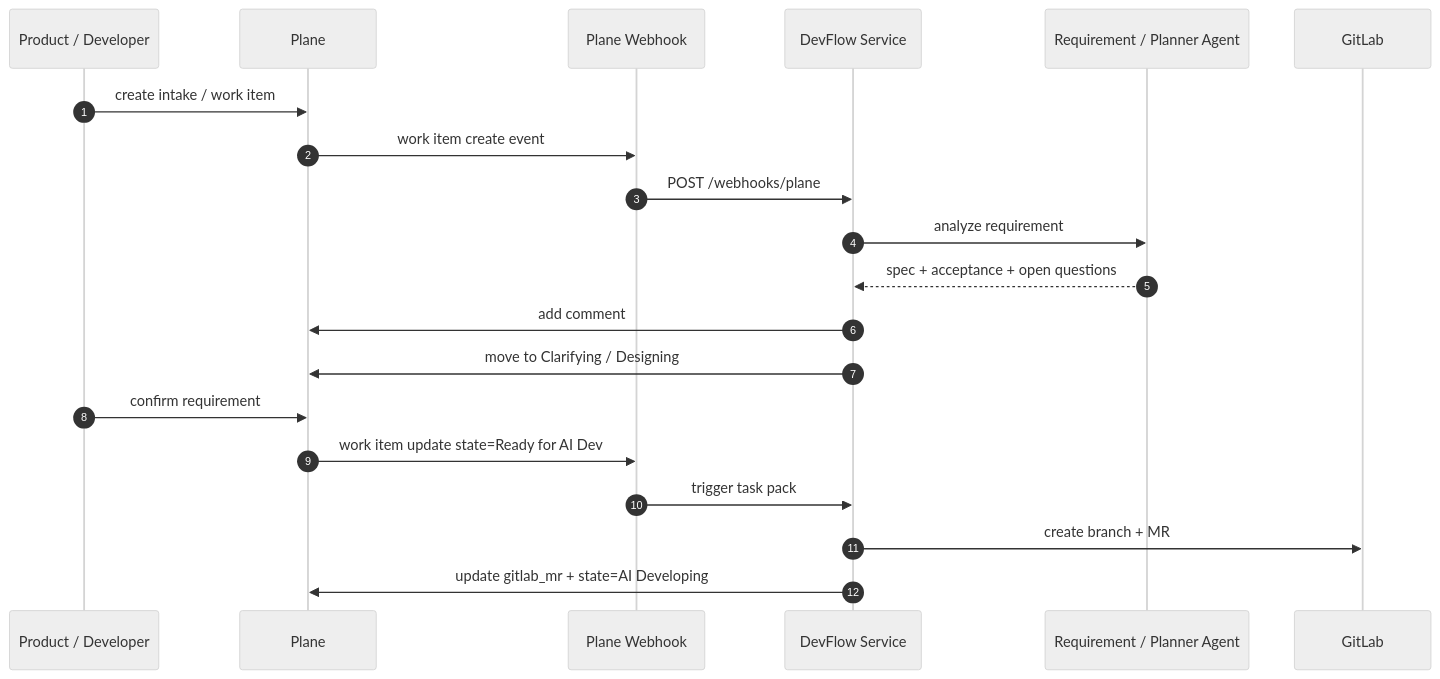
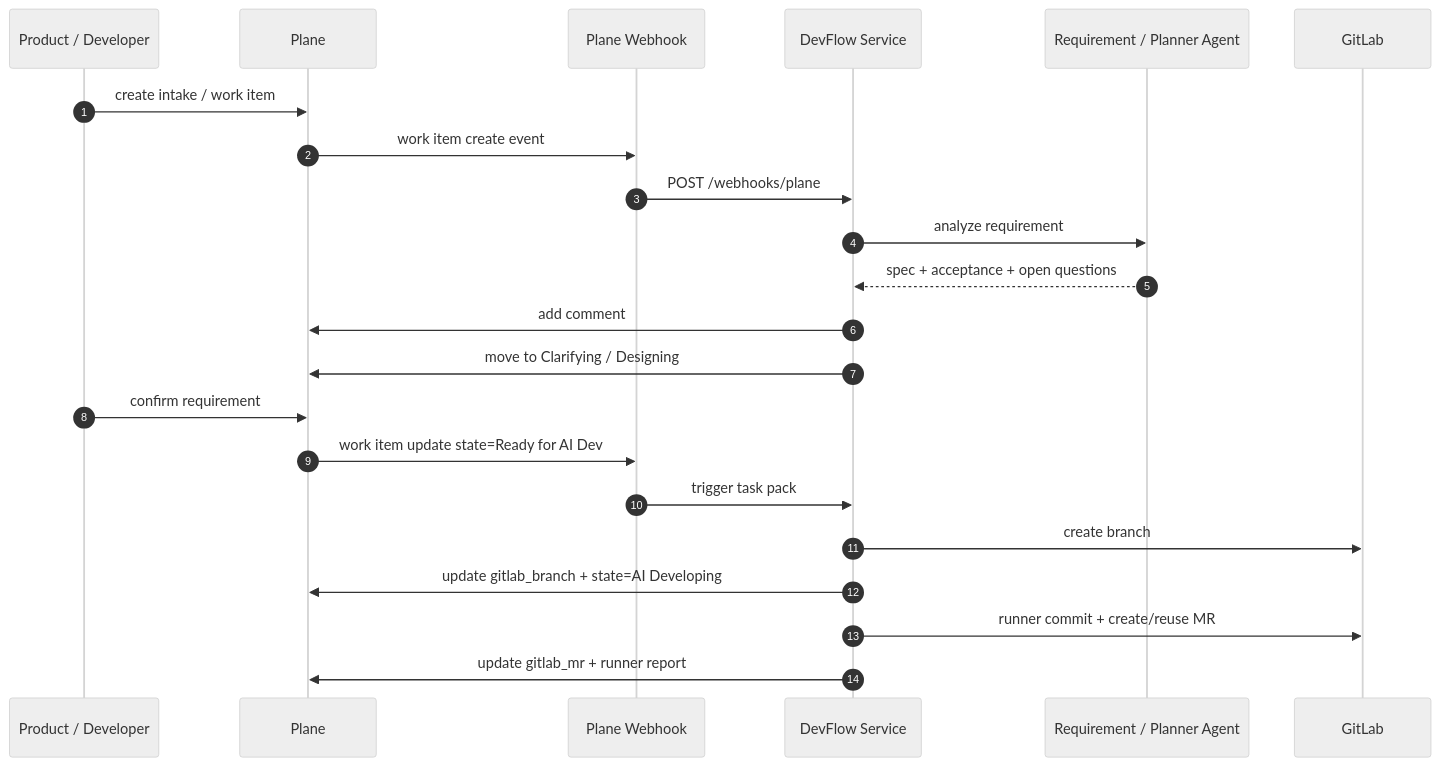
One commit to agent-loom/loom changed the fourth of 4 diagrams in docs/04-devflow/plane.md. Above: the diagram before and after it, drawn with Mermaid (neutral theme). The commit also changed other lines of this file and 5 other files, not shown here.

First line of the commit message:
docs: 对齐 DevFlow 与 Hermes 设计状态

````diff
--- a/docs/04-devflow/plane.md
+++ b/docs/04-devflow/plane.md
@@ -665,23 +691,25 @@
 ```mermaid
 sequenceDiagram
     autonumber
     participant User as Product / Developer
     participant Plane as Plane
     participant Webhook as Plane Webhook
     participant DevFlow as DevFlow Service
     participant AI as Requirement / Planner Agent
     participant GitLab as GitLab
 
     User->>Plane: create intake / work item
     Plane->>Webhook: work item create event
     Webhook->>DevFlow: POST /webhooks/plane
     DevFlow->>AI: analyze requirement
     AI-->>DevFlow: spec + acceptance + open questions
     DevFlow->>Plane: add comment
     DevFlow->>Plane: move to Clarifying / Designing
     User->>Plane: confirm requirement
     Plane->>Webhook: work item update state=Ready for AI Dev
     Webhook->>DevFlow: trigger task pack
-    DevFlow->>GitLab: create branch + MR
-    DevFlow->>Plane: update gitlab_mr + state=AI Developing
+    DevFlow->>GitLab: create branch
+    DevFlow->>Plane: update gitlab_branch + state=AI Developing
+    DevFlow->>GitLab: runner commit + create/reuse MR
+    DevFlow->>Plane: update gitlab_mr + runner report
 ```
````
